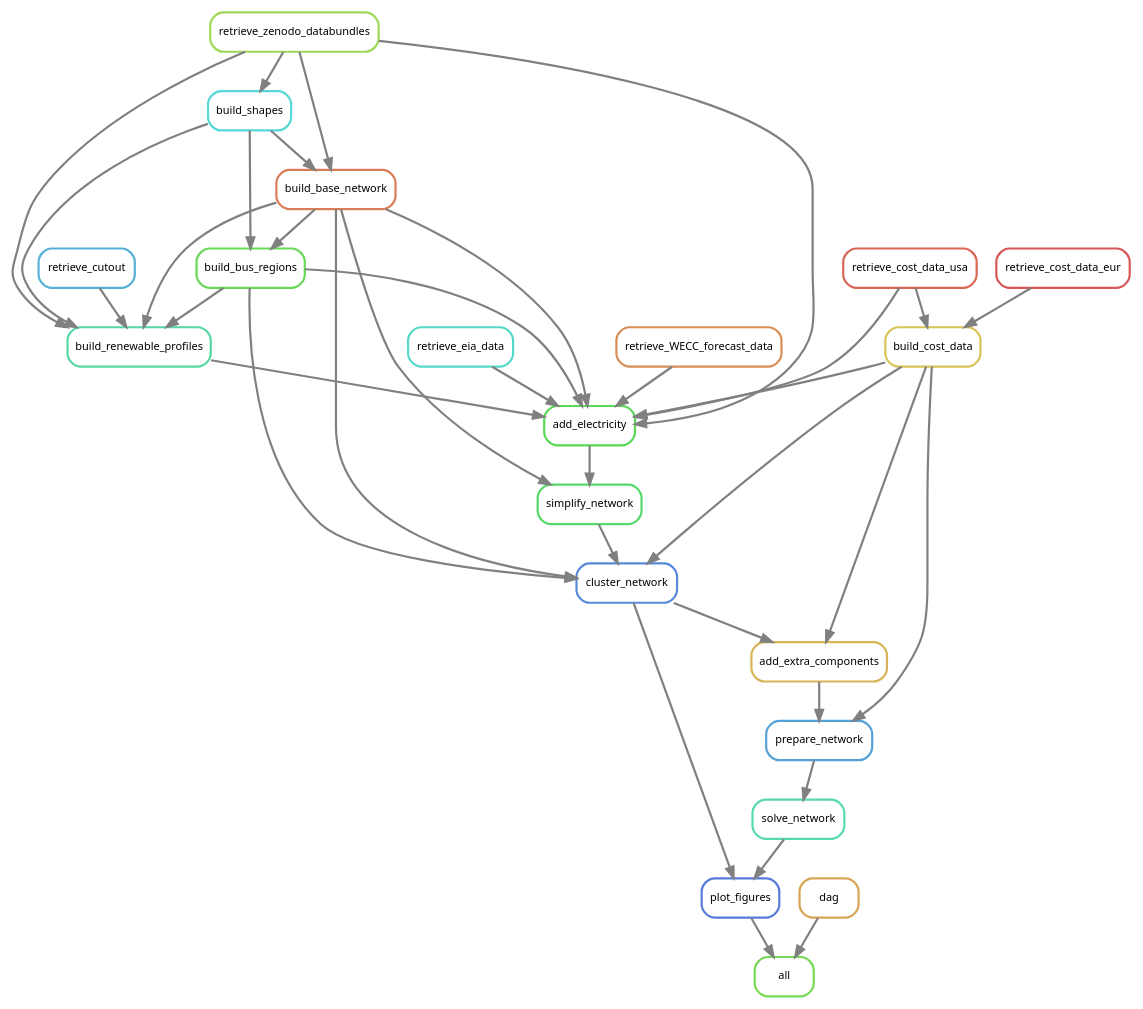
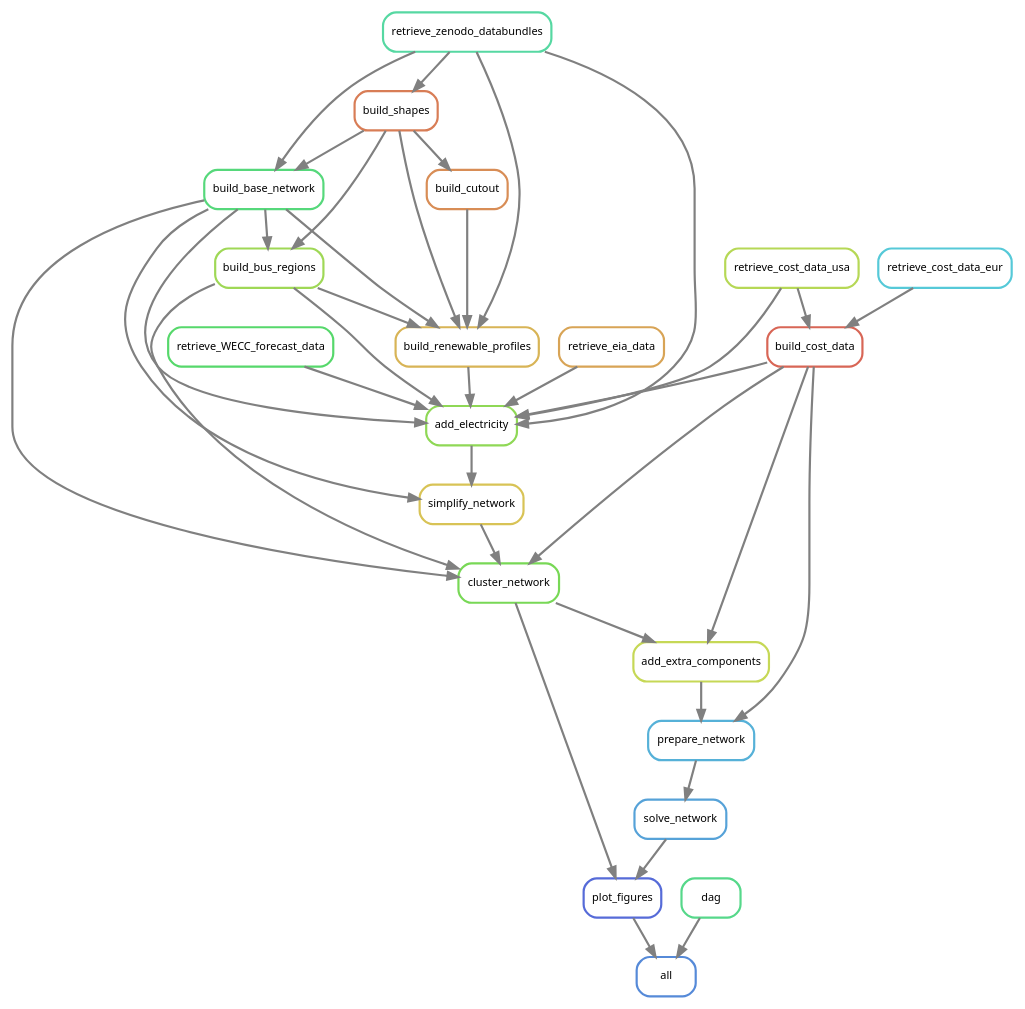
Before and after one commit to PyPSA/pypsa-usa: the diagram in workflow/repo_data/dag.dot, drawn with Graphviz. The commit also changed 6 other files, not shown here.

```diff
--- a/workflow/repo_data/dag.dot
+++ b/workflow/repo_data/dag.dot
@@ -1,60 +1,61 @@
 digraph snakemake_dag {
     graph[bgcolor=white, margin=0];
     node[shape=box, style=rounded, fontname=sans,                 fontsize=10, penwidth=2];
     edge[penwidth=2, color=grey];
-	0[label = "all", color = "0.29 0.6 0.85", style="rounded"];
-	1[label = "plot_figures", color = "0.62 0.6 0.85", style="rounded"];
-	2[label = "solve_network", color = "0.45 0.6 0.85", style="rounded"];
-	3[label = "prepare_network", color = "0.57 0.6 0.85", style="rounded"];
-	4[label = "add_extra_components", color = "0.12 0.6 0.85", style="rounded"];
-	5[label = "cluster_network", color = "0.60 0.6 0.85", style="rounded"];
-	6[label = "simplify_network", color = "0.36 0.6 0.85", style="rounded"];
-	7[label = "build_base_network", color = "0.05 0.6 0.85", style="rounded"];
-	8[label = "retrieve_zenodo_databundles", color = "0.24 0.6 0.85", style="rounded"];
-	9[label = "build_shapes", color = "0.50 0.6 0.85", style="rounded"];
-	10[label = "add_electricity", color = "0.33 0.6 0.85", style="rounded"];
-	11[label = "build_renewable_profiles", color = "0.43 0.6 0.85", style="rounded"];
-	12[label = "build_bus_regions", color = "0.31 0.6 0.85", style="rounded"];
-	13[label = "retrieve_cutout", color = "0.55 0.6 0.85", style="rounded"];
-	14[label = "build_cost_data", color = "0.14 0.6 0.85", style="rounded"];
-	15[label = "retrieve_cost_data_usa", color = "0.02 0.6 0.85", style="rounded"];
-	16[label = "retrieve_cost_data_eur", color = "0.00 0.6 0.85", style="rounded"];
-	17[label = "retrieve_WECC_forecast_data", color = "0.07 0.6 0.85", style="rounded"];
-	18[label = "retrieve_eia_data", color = "0.48 0.6 0.85", style="rounded"];
-	19[label = "dag", color = "0.10 0.6 0.85", style="rounded"];
+	0[label = "all", color = "0.60 0.6 0.85", style="rounded"];
+	1[label = "plot_figures", color = "0.64 0.6 0.85", style="rounded"];
+	2[label = "solve_network", color = "0.57 0.6 0.85", style="rounded"];
+	3[label = "prepare_network", color = "0.55 0.6 0.85", style="rounded"];
+	4[label = "add_extra_components", color = "0.19 0.6 0.85", style="rounded"];
+	5[label = "cluster_network", color = "0.29 0.6 0.85", style="rounded"];
+	6[label = "simplify_network", color = "0.14 0.6 0.85", style="rounded"];
+	7[label = "build_base_network", color = "0.38 0.6 0.85", style="rounded"];
+	8[label = "retrieve_zenodo_databundles", color = "0.43 0.6 0.85", style="rounded"];
+	9[label = "build_shapes", color = "0.05 0.6 0.85", style="rounded"];
+	10[label = "add_electricity", color = "0.26 0.6 0.85", style="rounded"];
+	11[label = "build_renewable_profiles", color = "0.12 0.6 0.85", style="rounded"];
+	12[label = "build_bus_regions", color = "0.24 0.6 0.85", style="rounded"];
+	13[label = "build_cutout", color = "0.07 0.6 0.85", style="rounded"];
+	14[label = "build_cost_data", color = "0.02 0.6 0.85", style="rounded"];
+	15[label = "retrieve_cost_data_usa", color = "0.21 0.6 0.85", style="rounded"];
+	16[label = "retrieve_cost_data_eur", color = "0.52 0.6 0.85", style="rounded"];
+	17[label = "retrieve_WECC_forecast_data", color = "0.36 0.6 0.85", style="rounded"];
+	18[label = "retrieve_eia_data", color = "0.10 0.6 0.85", style="rounded"];
+	19[label = "dag", color = "0.40 0.6 0.85", style="rounded"];
+	19 -> 0
 	1 -> 0
-	19 -> 0
+	5 -> 1
 	2 -> 1
-	5 -> 1
 	3 -> 2
+	14 -> 3
 	4 -> 3
-	14 -> 3
 	5 -> 4
 	14 -> 4
+	12 -> 5
 	6 -> 5
-	12 -> 5
+	14 -> 5
 	7 -> 5
-	14 -> 5
+	10 -> 6
 	7 -> 6
-	10 -> 6
 	9 -> 7
 	8 -> 7
 	8 -> 9
+	15 -> 10
+	14 -> 10
+	8 -> 10
+	12 -> 10
 	18 -> 10
-	12 -> 10
-	14 -> 10
-	15 -> 10
-	7 -> 10
 	11 -> 10
 	17 -> 10
-	8 -> 10
+	7 -> 10
+	8 -> 11
+	9 -> 11
+	13 -> 11
 	12 -> 11
-	9 -> 11
 	7 -> 11
-	13 -> 11
-	8 -> 11
 	9 -> 12
 	7 -> 12
+	9 -> 13
 	15 -> 14
 	16 -> 14
 }            
```
